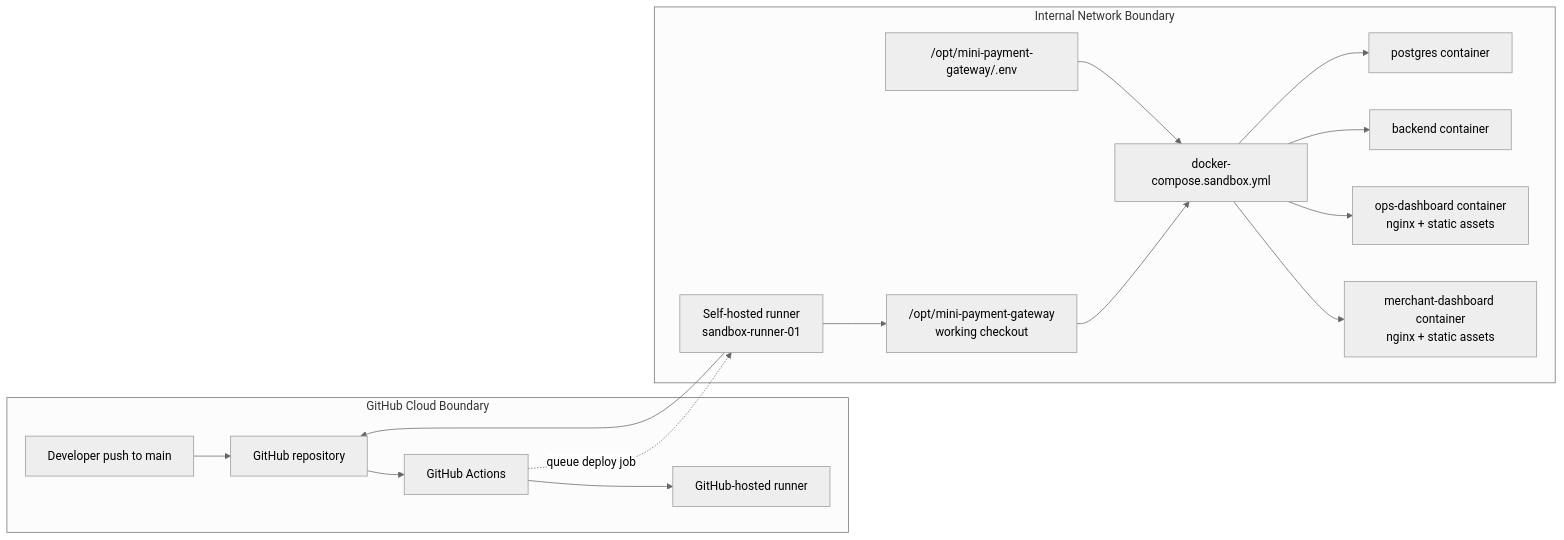
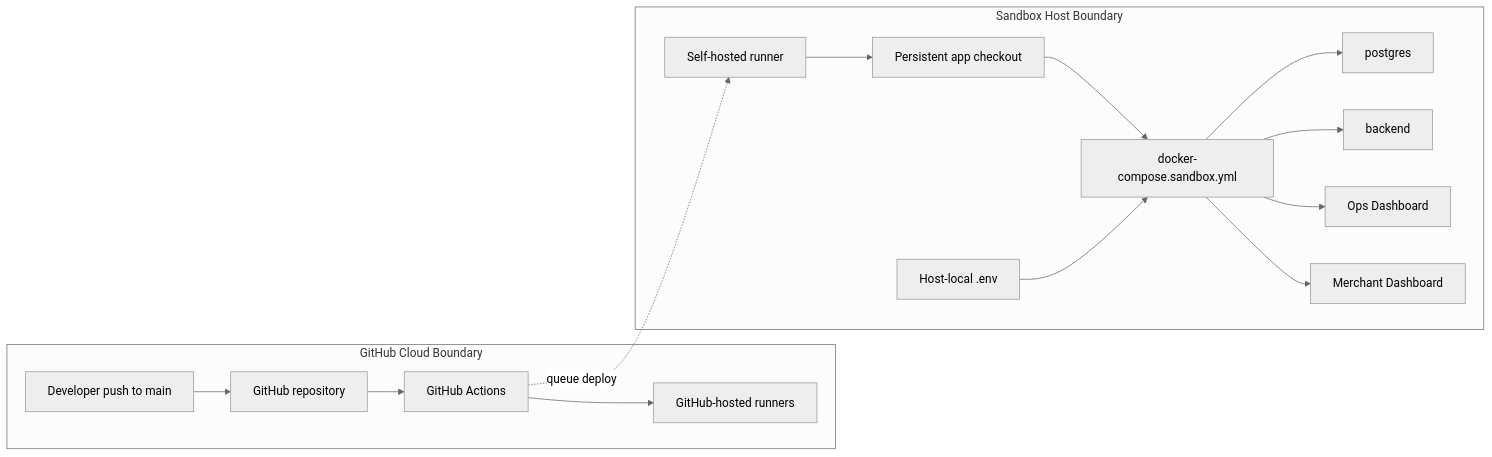
One commit to biabeogo147/mini-payment-gateway changed the first of 2 diagrams in docs/infrastructure/devops-architecture.md. Above: the diagram before and after it, drawn with Mermaid (neutral theme). The commit also changed other lines of this file and 6 other files, not shown here.

Commit message:
update docs + deploy merchant dashboard

````diff
--- a/docs/infrastructure/devops-architecture.md
+++ b/docs/infrastructure/devops-architecture.md
@@ -75,33 +42,29 @@
 ```mermaid
 flowchart LR
     subgraph GitHub["GitHub Cloud Boundary"]
         Dev["Developer push to main"]
-        GH["GitHub repository"]
-        GHA["GitHub Actions"]
-        Hosted["GitHub-hosted runner"]
+        Repo["GitHub repository"]
+        Actions["GitHub Actions"]
+        Hosted["GitHub-hosted runners"]
     end
 
-    subgraph Internal["Internal Network Boundary"]
-        Runner["Self-hosted runner\nsandbox-runner-01"]
-        Repo["/opt/mini-payment-gateway\nworking checkout"]
+    subgraph Sandbox["Sandbox Host Boundary"]
+        Runner["Self-hosted runner"]
+        Checkout["Persistent app checkout"]
         Compose["docker-compose.sandbox.yml"]
-        DB["postgres container"]
-        API["backend container"]
-        OpsUI["ops-dashboard container\nnginx + static assets"]
-        MerchantUI["merchant-dashboard container\nnginx + static assets"]
-        Env["/opt/mini-payment-gateway/.env"]
+        Env["Host-local .env"]
+        DB["postgres"]
+        API["backend"]
+        OpsUI["Ops Dashboard"]
+        MerchantUI["Merchant Dashboard"]
     end
 
-    Dev --> GH
-    GH --> GHA
-    GHA --> Hosted
-    GHA -. queue deploy job .-> Runner
-    Runner --> GH
-    Runner --> Repo
-    Repo --> Compose
+    Dev --> Repo --> Actions --> Hosted
+    Actions -. queue deploy .-> Runner
+    Runner --> Checkout --> Compose
     Env --> Compose
     Compose --> DB
     Compose --> API
     Compose --> OpsUI
     Compose --> MerchantUI
 ```
````
